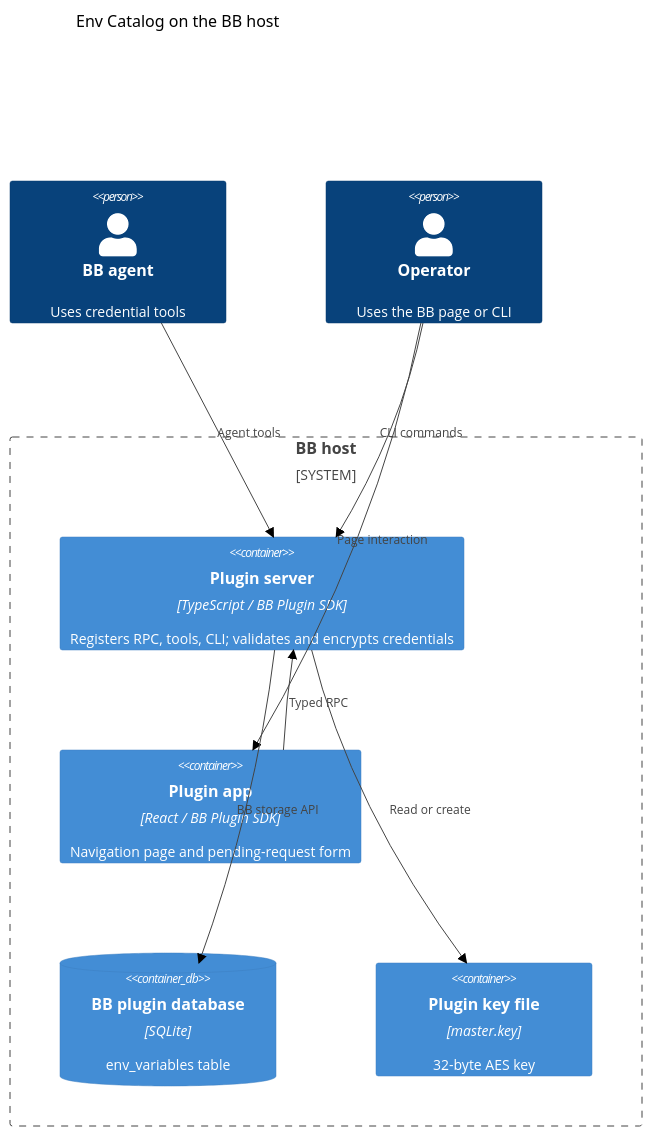
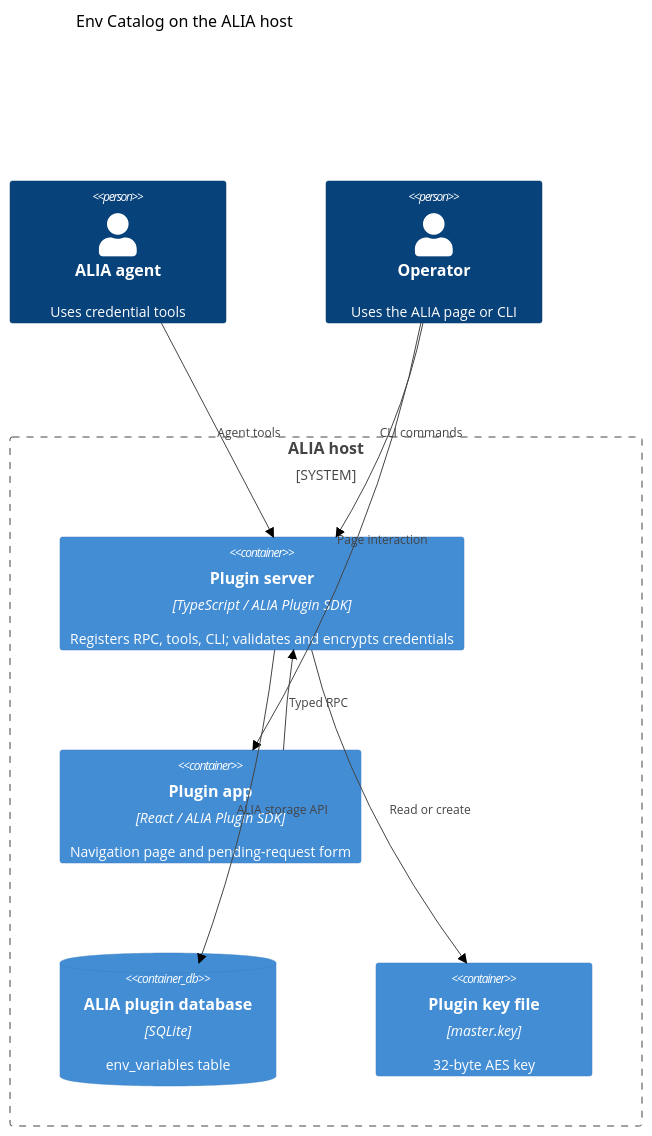
The diagram in plugins/env-catalog/docs/architecture.md (Vesnalia/vesnalia-plugins), drawn with Mermaid (neutral theme) before and after one commit. The commit also changed other lines of this file and 13306 other files, not shown here.

````diff
--- a/plugins/env-catalog/docs/architecture.md
+++ b/plugins/env-catalog/docs/architecture.md
@@ -23,18 +23,18 @@
 ```mermaid
 C4Container
-  title Env Catalog on the BB host
-  Person(agent, "BB agent", "Uses credential tools")
-  Person(operator, "Operator", "Uses the BB page or CLI")
-  System_Boundary(host, "BB host") {
-    Container(server, "Plugin server", "TypeScript / BB Plugin SDK", "Registers RPC, tools, CLI; validates and encrypts credentials")
-    Container(app, "Plugin app", "React / BB Plugin SDK", "Navigation page and pending-request form")
-    ContainerDb(db, "BB plugin database", "SQLite", "env_variables table")
+  title Env Catalog on the ALIA host
+  Person(agent, "ALIA agent", "Uses credential tools")
+  Person(operator, "Operator", "Uses the ALIA page or CLI")
+  System_Boundary(host, "ALIA host") {
+    Container(server, "Plugin server", "TypeScript / ALIA Plugin SDK", "Registers RPC, tools, CLI; validates and encrypts credentials")
+    Container(app, "Plugin app", "React / ALIA Plugin SDK", "Navigation page and pending-request form")
+    ContainerDb(db, "ALIA plugin database", "SQLite", "env_variables table")
     Container(key, "Plugin key file", "master.key", "32-byte AES key")
   }
   Rel(agent, server, "Agent tools")
   Rel(operator, app, "Page interaction")
   Rel(operator, server, "CLI commands")
   Rel(app, server, "Typed RPC")
-  Rel(server, db, "BB storage API")
+  Rel(server, db, "ALIA storage API")
   Rel(server, key, "Read or create")
 ```
````
